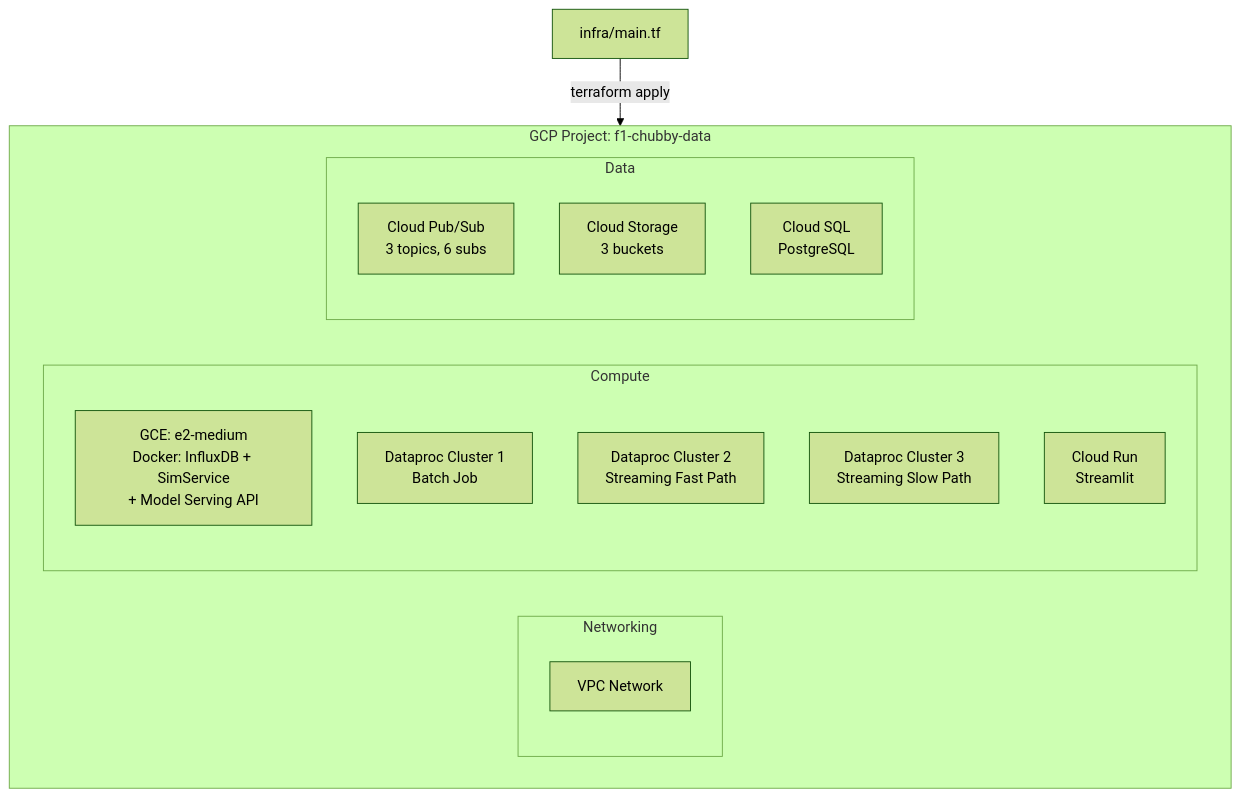
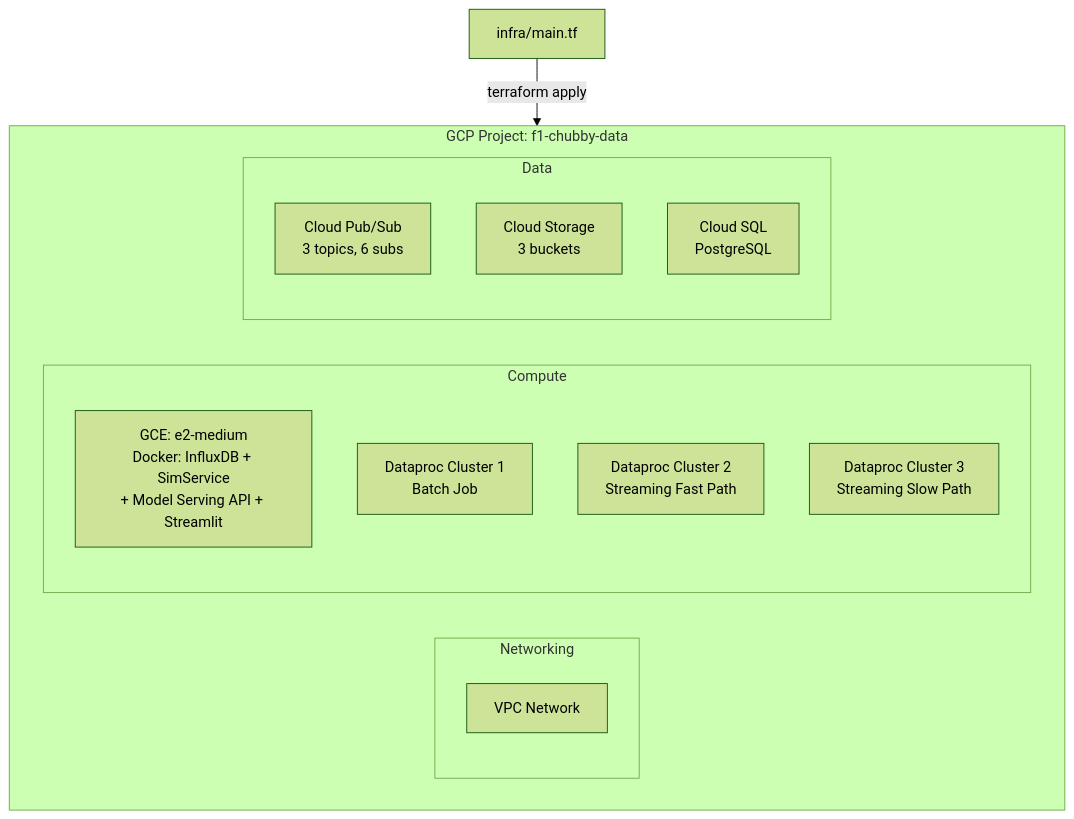
One commit to nmk-k66-uet/F1-Chubby-Data changed the ninth of 11 diagrams in revised_plan.md. Above: the diagram before and after it, drawn with Mermaid (forest theme). The commit also changed other lines of this file and 2 other files, not shown here.

First line of the commit message:
docs: update architecture plan and migration docs

````diff
--- a/revised_plan.md
+++ b/revised_plan.md
@@ -505,24 +542,23 @@
 ```mermaid
 flowchart TD
     subgraph GCP ["GCP Project: f1-chubby-data"]
         subgraph Networking
             VPC[VPC Network]
         end
 
         subgraph Compute
-            VM[GCE: e2-medium<br/>Docker: InfluxDB + SimService<br/>+ Model Serving API]
+            VM[GCE: e2-medium<br/>Docker: InfluxDB + SimService<br/>+ Model Serving API + Streamlit]
             DP_BATCH[Dataproc Cluster 1<br/>Batch Job]
             DP_FAST[Dataproc Cluster 2<br/>Streaming Fast Path]
             DP_SLOW[Dataproc Cluster 3<br/>Streaming Slow Path]
-            CR[Cloud Run<br/>Streamlit]
         end
 
         subgraph Data
             PS[Cloud Pub/Sub<br/>3 topics, 6 subs]
             GCS[Cloud Storage<br/>3 buckets]
             CSQL[Cloud SQL<br/>PostgreSQL]
         end
     end
 
     TF[infra/main.tf] -->|terraform apply| GCP
 ```
````
